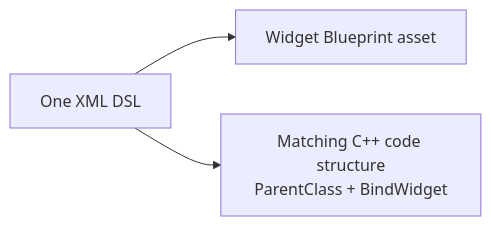
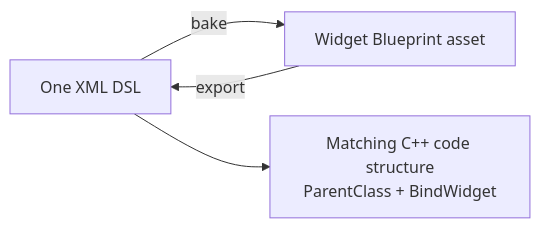
One commit to vborovin/XmlUI changed the first of 2 diagrams in README.md. Above: the diagram before and after it, drawn with Mermaid. The commit also changed other lines of this file and 11 other files, not shown here.

First line of the commit message:
XmlUI: add WBP->DSL export, bake-time DSL metadata, and Canvas/MenuAnchor/Border tags

````diff
--- a/README.md
+++ b/README.md
@@ -28,5 +28,6 @@
 ```mermaid
 flowchart LR
-    XML["One XML DSL"] --> WBP["Widget Blueprint asset"]
+    XML["One XML DSL"] -->|bake| WBP["Widget Blueprint asset"]
+    WBP -->|export| XML
     XML --> CPP["Matching C++ code structure<br/>ParentClass + BindWidget"]
 ```
````
